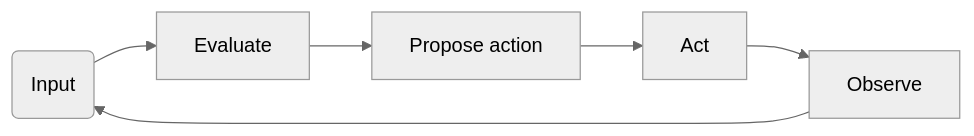
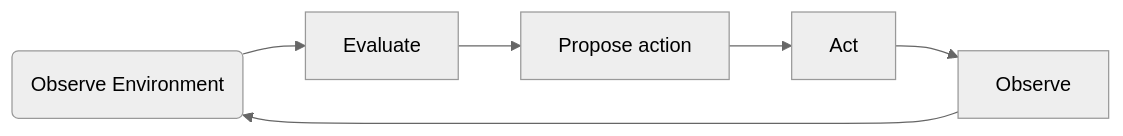
One commit to ianderrington/genai changed the first of 3 diagrams in docs/Understanding/agents/index.md. Above: the diagram before and after it, drawn with Mermaid (neutral theme). The commit also changed other lines of this file and 22 other files, not shown here.

````diff
--- a/docs/Understanding/agents/index.md
+++ b/docs/Understanding/agents/index.md
@@ -22,9 +9,8 @@
-```mermaid
-graph LR
-    A(Input) --> B[Evaluate]
-    B --> C[Propose action]
-    C --> D[Act]
-    D --> E[Observe]
-    E --> A
-
-```
+    ```mermaid
+    graph LR
+        A(Observe Environment) --> B[Evaluate]
+        B --> C[Propose action]
+        C --> D[Act]
+        D --> E[Observe]
+        E --> A
+    ```
````
